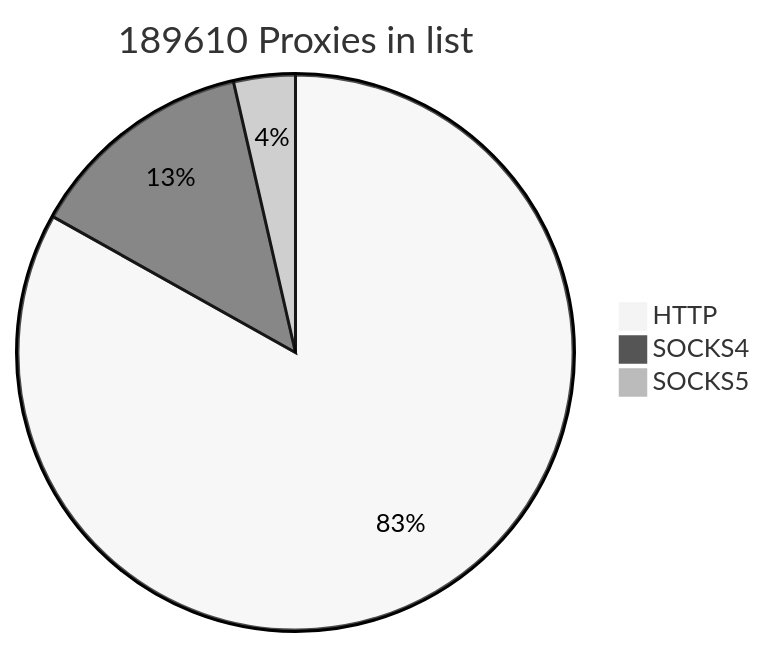
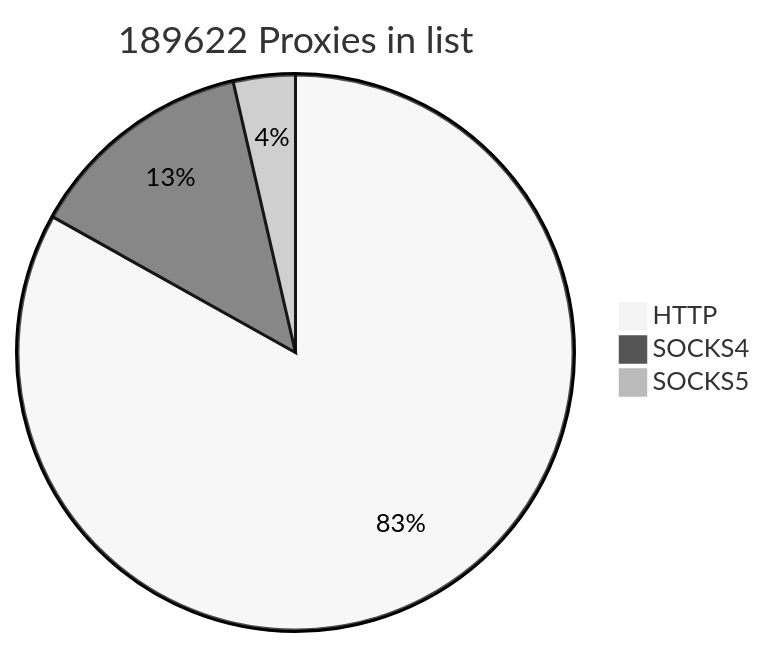
The first of 2 diagrams in README.md (cutipu/proxylist), drawn with Mermaid (neutral theme) before and after one commit. The commit also changed other lines of this file, not shown here.

````diff
--- a/README.md
+++ b/README.md
@@ -2,7 +2,7 @@
 ```mermaid
-pie title 189610 Proxies in list
-    "HTTP" : 157620
+pie title 189622 Proxies in list
+    "HTTP" : 157598
     "SOCKS4" : 25194
-    "SOCKS5" : 6796
+    "SOCKS5" : 6830
             
 ```
````
